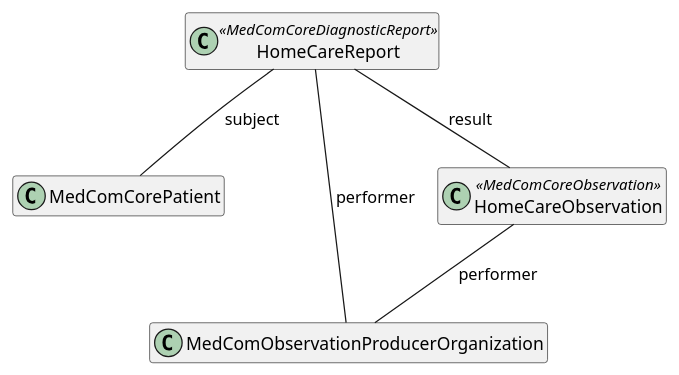
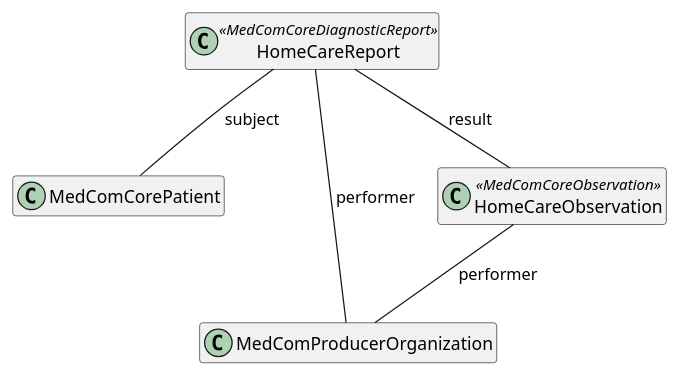
One commit to medcomdk/dk_MunicipalityObservationResults changed the diagram in puml/HomeCareObservationProfile.puml. Above: the diagram before and after it, drawn with PlantUML. The commit also changed 22 other files, not shown here.

```diff
--- a/puml/HomeCareObservationProfile.puml
+++ b/puml/HomeCareObservationProfile.puml
@@ -1,17 +1,17 @@
 @startuml HomeCareObsProfile
 hide empty members
 top to bottom direction
 
 class "MedComCorePatient" as patient
-class "MedComObservationProducerOrganization" as organization 
+class "MedComProducerOrganization" as organization 
 class "HomeCareReport" as diagnosticReport <<MedComCoreDiagnosticReport>>
 class "HomeCareObservation" as coreobservation <<MedComCoreObservation>>
 
 diagnosticReport -- patient : "subject"
 diagnosticReport -- organization: "performer"
 diagnosticReport -- coreobservation : "result"
 coreobservation -- organization:"performer"
 
 
 
 @enduml
```
